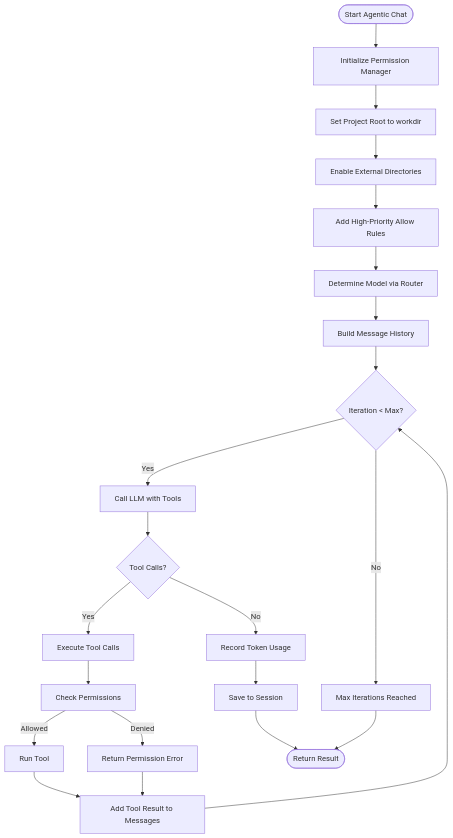
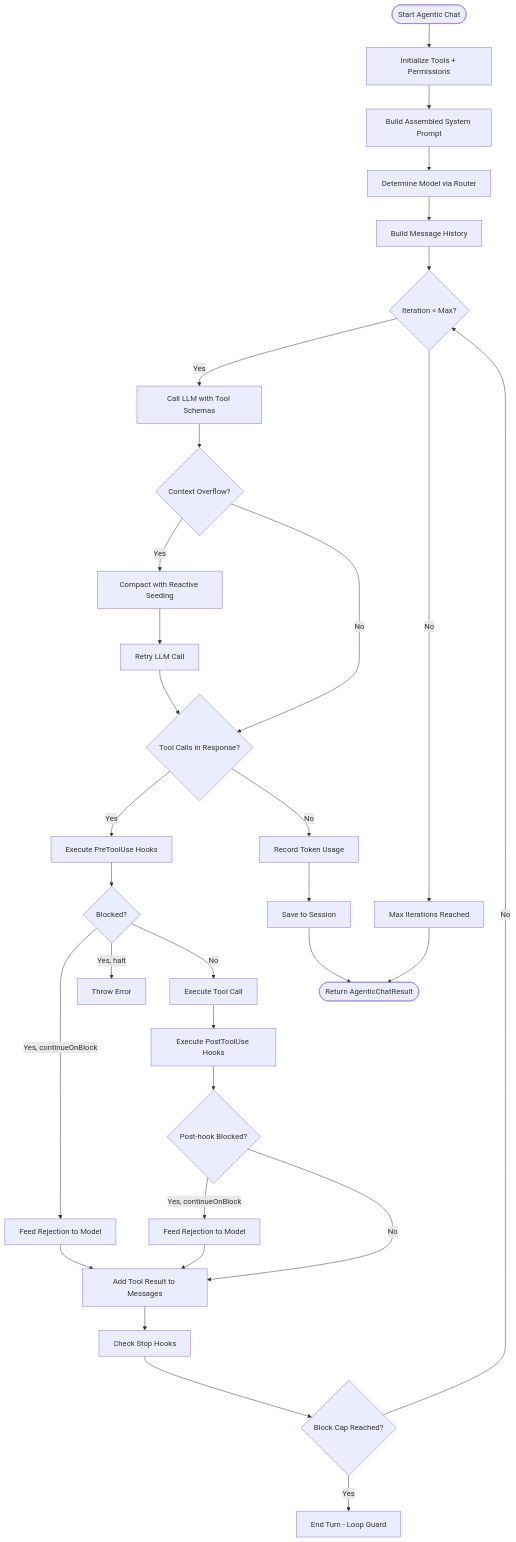
Before and after one commit to ausardcompany/alexi: the third of 6 diagrams in docs/ARCHITECTURE.md, drawn with Mermaid. The commit also changed other lines of this file and 6 other files, not shown here.

````diff
--- a/docs/ARCHITECTURE.md
+++ b/docs/ARCHITECTURE.md
@@ -175,30 +203,42 @@
 ```mermaid
 flowchart TB
-    Start([Start Agentic Chat]) --> Init[Initialize Permission Manager]
-    Init --> SetRoot[Set Project Root to workdir]
-    SetRoot --> EnableExt[Enable External Directories]
-    EnableExt --> AddRules[Add High-Priority Allow Rules]
-    AddRules --> DetermineModel[Determine Model via Router]
-    
+    Start([Start Agentic Chat]) --> Init[Initialize Tools + Permissions]
+    Init --> BuildPrompt[Build Assembled System Prompt]
+    BuildPrompt --> DetermineModel[Determine Model via Router]
     DetermineModel --> BuildMessages[Build Message History]
     BuildMessages --> LoopStart{Iteration < Max?}
-    
-    LoopStart -->|Yes| CallLLM[Call LLM with Tools]
-    CallLLM --> CheckTools{Tool Calls?}
-    
-    CheckTools -->|Yes| ExecTools[Execute Tool Calls]
-    ExecTools --> CheckPerm[Check Permissions]
-    CheckPerm -->|Allowed| RunTool[Run Tool]
-    CheckPerm -->|Denied| ReturnError[Return Permission Error]
-    
-    RunTool --> AddToolResult[Add Tool Result to Messages]
-    ReturnError --> AddToolResult
-    AddToolResult --> LoopStart
-    
+
+    LoopStart -->|Yes| CallLLM[Call LLM with Tool Schemas]
+
+    CallLLM --> OverflowCheck{Context Overflow?}
+    OverflowCheck -->|Yes| Compact[Compact with Reactive Seeding]
+    Compact --> RetryLLM[Retry LLM Call]
+    RetryLLM --> CheckTools
+
+    OverflowCheck -->|No| CheckTools{Tool Calls in Response?}
+
+    CheckTools -->|Yes| PreHook[Execute PreToolUse Hooks]
+    PreHook --> HookBlocked{Blocked?}
+    HookBlocked -->|Yes, continueOnBlock| FeedBack[Feed Rejection to Model]
+    HookBlocked -->|Yes, halt| HaltError[Throw Error]
+    HookBlocked -->|No| ExecTools[Execute Tool Call]
+
+    ExecTools --> PostHook[Execute PostToolUse Hooks]
+    PostHook --> PostBlocked{Post-hook Blocked?}
+    PostBlocked -->|Yes, continueOnBlock| FeedBackPost[Feed Rejection to Model]
+    PostBlocked -->|No| AddResult[Add Tool Result to Messages]
+    FeedBack --> AddResult
+    FeedBackPost --> AddResult
+
+    AddResult --> StopHook[Check Stop Hooks]
+    StopHook --> Capped{Block Cap Reached?}
+    Capped -->|Yes| EndCapped[End Turn - Loop Guard]
+    Capped -->|No| LoopStart
+
     CheckTools -->|No| RecordCost[Record Token Usage]
     RecordCost --> SaveSession[Save to Session]
-    SaveSession --> End([Return Result])
-    
+    SaveSession --> End([Return AgenticChatResult])
+
     LoopStart -->|No| MaxReached[Max Iterations Reached]
     MaxReached --> End
 ```
````
